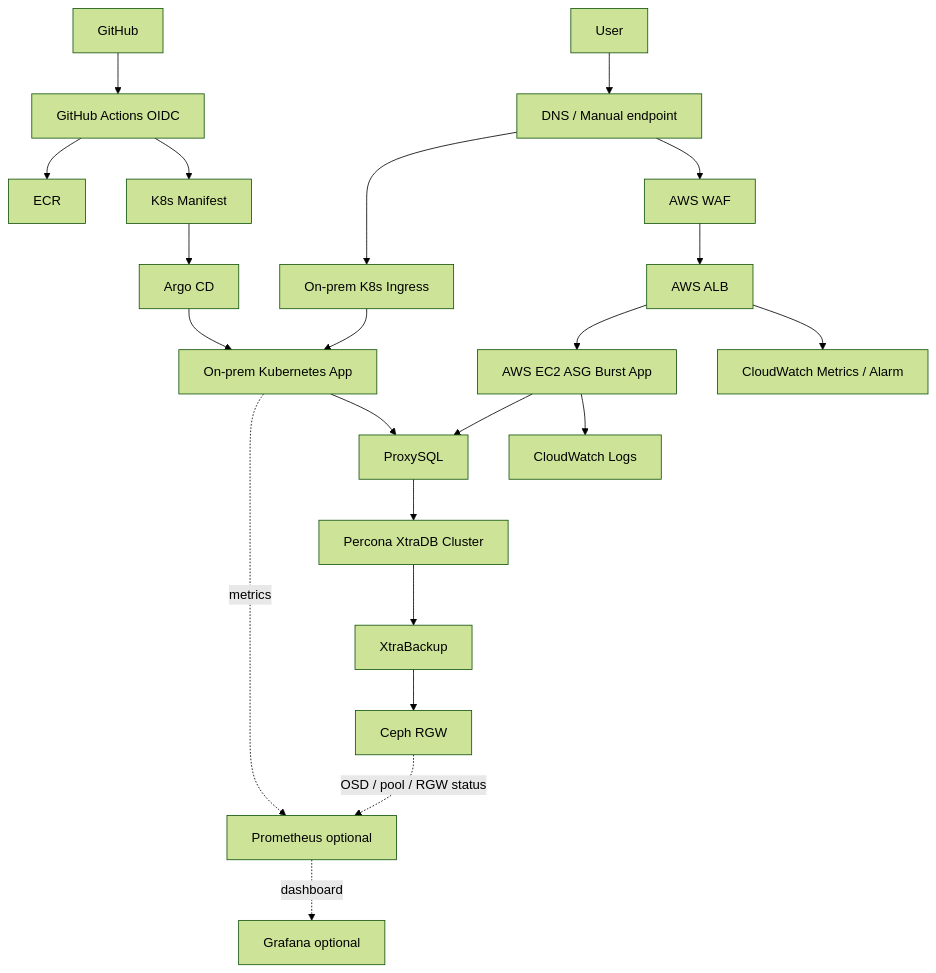
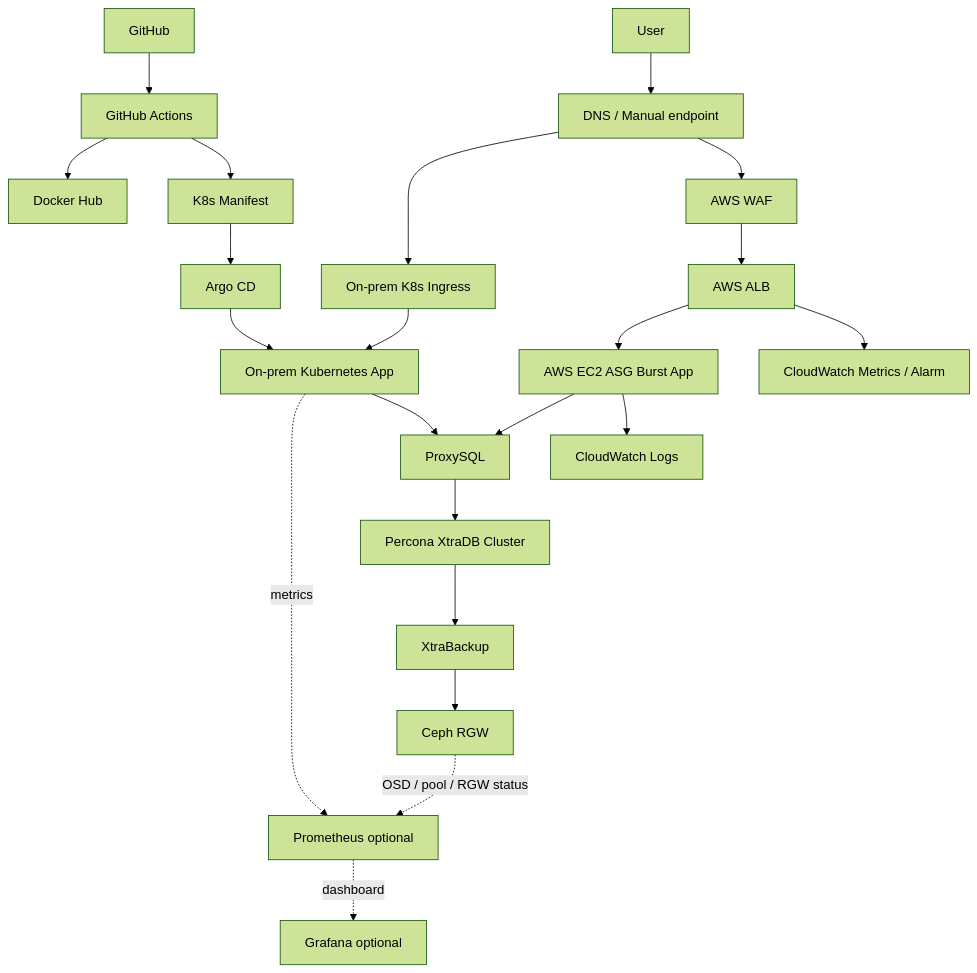
One commit to KosaCloudTeam2/infra-platform changed the first of 2 diagrams in docs/presentation/presentation.md. Above: the diagram before and after it, drawn with Mermaid (forest theme). The commit also changed other lines of this file and 28 other files, not shown here.

First line of the commit message:
docs: Docker Hub 기반 이미지 저장소 기준 반영

````diff
--- a/docs/presentation/presentation.md
+++ b/docs/presentation/presentation.md
@@ -42,24 +42,24 @@
 ```mermaid
 flowchart TD
     User["User"] --> Traffic["DNS / Manual endpoint"]
     Traffic --> Ingress["On-prem K8s Ingress"]
     Traffic --> WAF["AWS WAF"]
     WAF --> ALB["AWS ALB"]
     ALB --> Burst["AWS EC2 ASG Burst App"]
-    GitHub["GitHub"] --> Actions["GitHub Actions OIDC"]
-    Actions --> ECR["ECR"]
+    GitHub["GitHub"] --> Actions["GitHub Actions"]
+    Actions --> Registry["Docker Hub"]
     Actions --> Manifest["K8s Manifest"]
     Manifest --> Argo["Argo CD"]
     Argo --> K8s["On-prem Kubernetes App"]
     K8s -. "metrics" .-> Prom["Prometheus optional"]
     Prom -. "dashboard" .-> Grafana["Grafana optional"]
     Ingress --> K8s
     K8s --> Proxy["ProxySQL"]
     Burst --> Proxy
     Proxy --> PXC["Percona XtraDB Cluster"]
     PXC --> Backup["XtraBackup"]
     Backup --> Ceph["Ceph RGW"]
     Ceph -. "OSD / pool / RGW status" .-> Prom
     Burst --> Logs["CloudWatch Logs"]
     ALB --> Metrics["CloudWatch Metrics / Alarm"]
 ```
````
